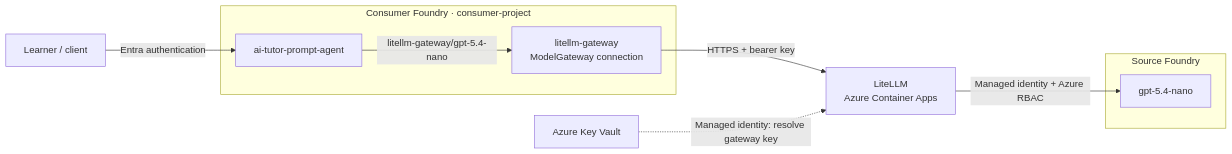
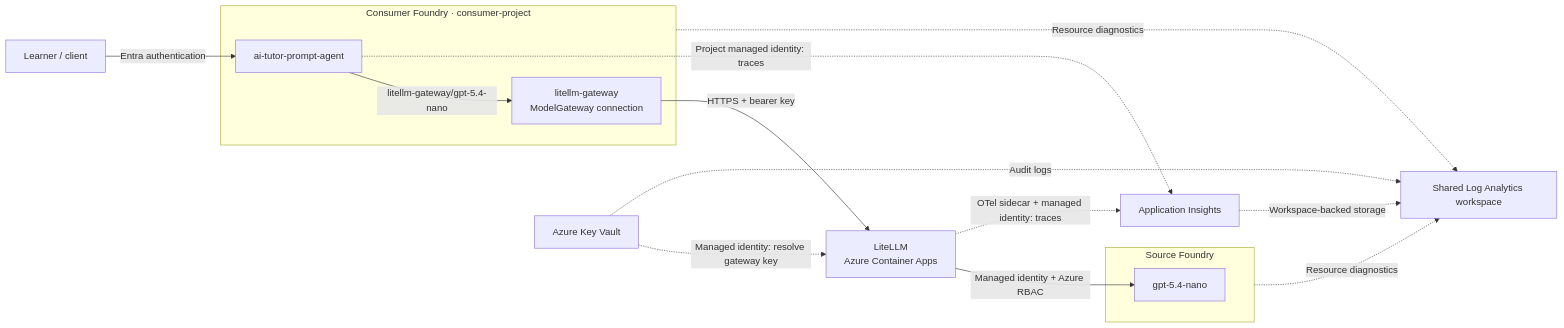
One commit to ikhemissi/foundry-agents-with-litellm-gateway changed the diagram in README.md. Above: the diagram before and after it, drawn with Mermaid. The commit also changed other lines of this file and 9 other files, not shown here.

First line of the commit message:
feat(monitoring): add shared Application Insights with managed identity

````diff
--- a/README.md
+++ b/README.md
@@ -9,18 +9,26 @@
 ```mermaid
 flowchart LR
     User["Learner / client"]
     subgraph Consumer["Consumer Foundry · consumer-project"]
         Tutor["ai-tutor-prompt-agent"]
         Connection["litellm-gateway<br/>ModelGateway connection"]
         Tutor -->|"litellm-gateway/gpt-5.4-nano"| Connection
     end
     Gateway["LiteLLM<br/>Azure Container Apps"]
     Vault["Azure Key Vault"]
     subgraph Source["Source Foundry"]
         Model["gpt-5.4-nano"]
     end
     User -->|"Entra authentication"| Tutor
     Connection -->|"HTTPS + bearer key"| Gateway
     Vault -.->|"Managed identity: resolve gateway key"| Gateway
     Gateway -->|"Managed identity + Azure RBAC"| Model
+    Insights["Application Insights"]
+    Workspace["Shared Log Analytics workspace"]
+    Tutor -.->|"Project managed identity: traces"| Insights
+    Gateway -.->|"OTel sidecar + managed identity: traces"| Insights
+    Insights -.->|"Workspace-backed storage"| Workspace
+    Consumer -.->|"Resource diagnostics"| Workspace
+    Source -.->|"Resource diagnostics"| Workspace
+    Vault -.->|"Audit logs"| Workspace
 ```
````
